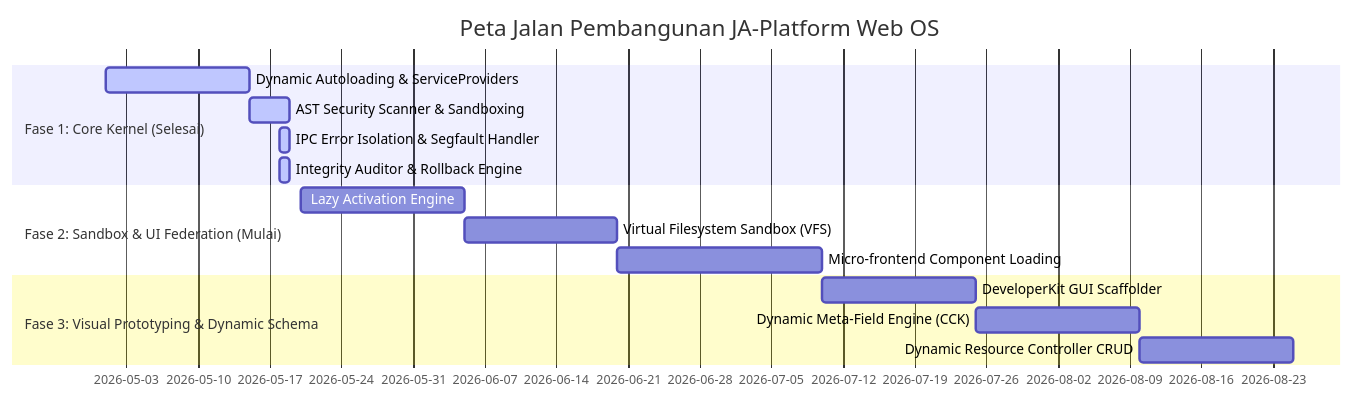
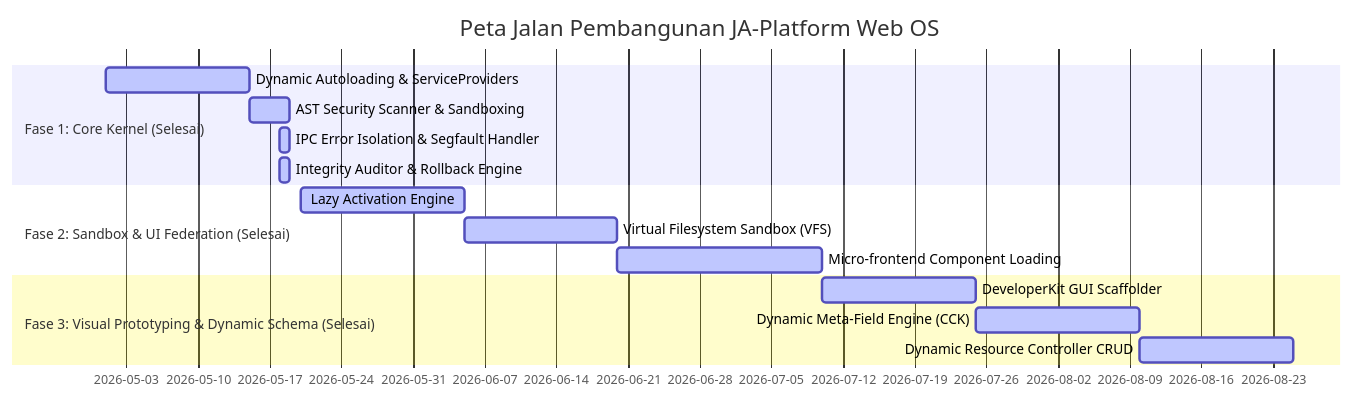
The diagram in docs/plan/ja_platform_web_os_master_blueprint.md (jejak-awan/ja-platform), drawn with Mermaid before and after one commit. The commit also changed other lines of this file, not shown here.

Commit message:
docs: mark all Web OS roadmap phases as 100% completed

````diff
--- a/docs/plan/ja_platform_web_os_master_blueprint.md
+++ b/docs/plan/ja_platform_web_os_master_blueprint.md
@@ -9,18 +9,18 @@
 ```mermaid
 gantt
     title Peta Jalan Pembangunan JA-Platform Web OS
     dateFormat  YYYY-MM-DD
     section Fase 1: Core Kernel (Selesai)
     Dynamic Autoloading & ServiceProviders :active, 2026-05-01, 2026-05-15
     AST Security Scanner & Sandboxing :active, 2026-05-15, 2026-05-19
     IPC Error Isolation & Segfault Handler :active, 2026-05-18, 2026-05-19
     Integrity Auditor & Rollback Engine :active, 2026-05-18, 2026-05-19
-    section Fase 2: Sandbox & UI Federation (Mulai)
-    Lazy Activation Engine :2026-05-20, 2026-06-05
-    Virtual Filesystem Sandbox (VFS) :2026-06-05, 2026-06-20
-    Micro-frontend Component Loading :2026-06-20, 2026-07-10
-    section Fase 3: Visual Prototyping & Dynamic Schema
-    DeveloperKit GUI Scaffolder :2026-07-10, 2026-07-25
-    Dynamic Meta-Field Engine (CCK) :2026-07-25, 2026-08-10
-    Dynamic Resource Controller CRUD :2026-08-10, 2026-08-25
+    section Fase 2: Sandbox & UI Federation (Selesai)
+    Lazy Activation Engine :active, 2026-05-20, 2026-06-05
+    Virtual Filesystem Sandbox (VFS) :active, 2026-06-05, 2026-06-20
+    Micro-frontend Component Loading :active, 2026-06-20, 2026-07-10
+    section Fase 3: Visual Prototyping & Dynamic Schema (Selesai)
+    DeveloperKit GUI Scaffolder :active, 2026-07-10, 2026-07-25
+    Dynamic Meta-Field Engine (CCK) :active, 2026-07-25, 2026-08-10
+    Dynamic Resource Controller CRUD :active, 2026-08-10, 2026-08-25
 ```
````
